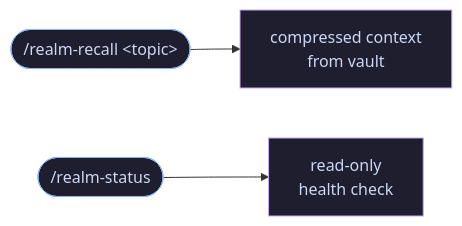
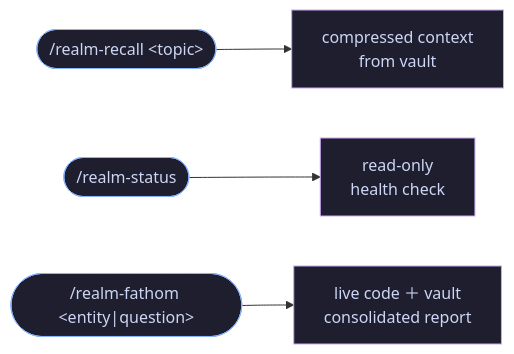
The fourth of 8 diagrams in VISUALS.md (blackmo18/realm), drawn with Mermaid before and after one commit. The commit also changed other lines of this file and 4 other files, not shown here.

````diff
--- a/VISUALS.md
+++ b/VISUALS.md
@@ -85,8 +85,9 @@
 ```mermaid
 flowchart LR
-    Q1(["/realm-recall &lt;topic&gt;"]):::cmd --> R["compressed context\nfrom vault"]:::out
-    Q2(["/realm-status"]):::cmd            --> S["read-only\nhealth check"]:::out
+    Q1(["/realm-recall &lt;topic&gt;"]):::cmd  --> R["compressed context\nfrom vault"]:::out
+    Q2(["/realm-status"]):::cmd             --> S["read-only\nhealth check"]:::out
+    Q3(["/realm-fathom &lt;entity|question&gt;"]):::cmd --> F["live code ＋ vault\nconsolidated report"]:::out
 
     classDef cmd fill:#1e1e2e,stroke:#89b4fa,color:#cdd6f4
     classDef out fill:#1e1e2e,stroke:#cba6f7,color:#cdd6f4
 ```
````
